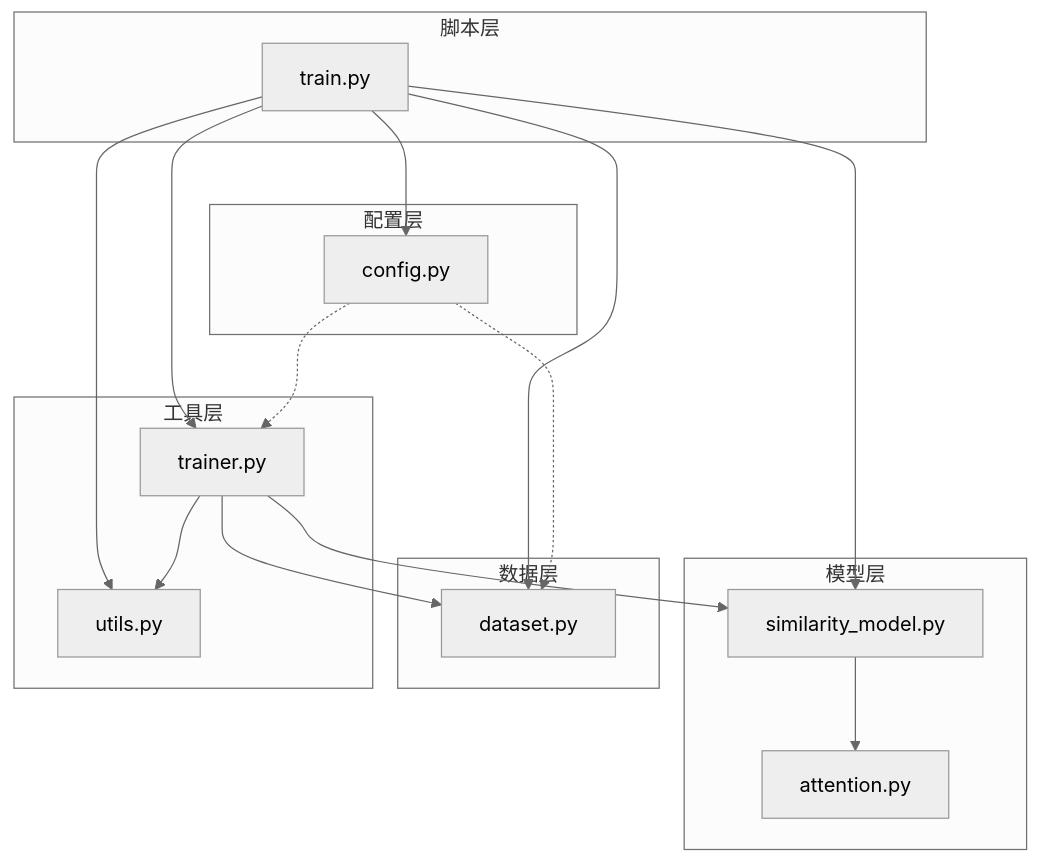
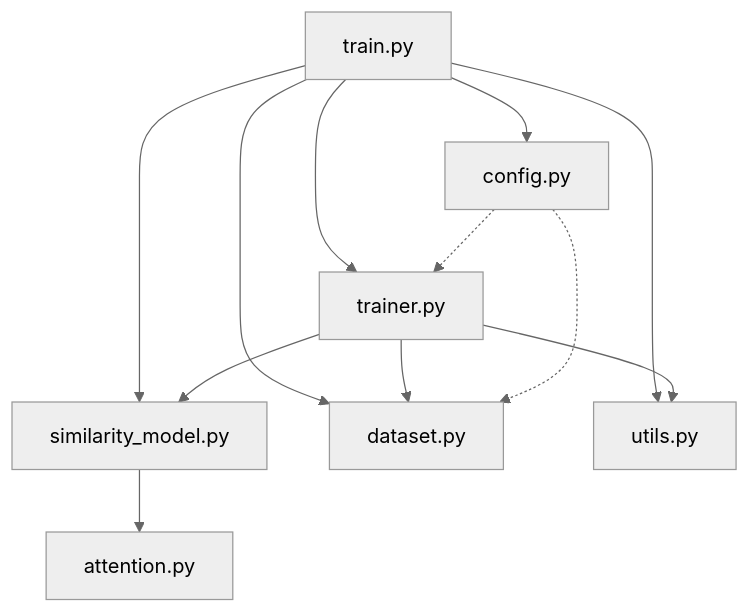
Before and after one commit to lizhenping/multi-head-self-attention: the fifth of 7 diagrams in docs/architecture.md, drawn with Mermaid (neutral theme). The commit also changed other lines of this file, not shown here.

````diff
--- a/docs/architecture.md
+++ b/docs/architecture.md
@@ -194,38 +139,16 @@
 ```mermaid
 flowchart TD
-    subgraph script_layer ["脚本层"]
-        A["train.py"]
-    end
+    A[train.py] --> B[config.py]
+    A --> C[similarity_model.py]
+    A --> D[dataset.py]
+    A --> E[trainer.py]
+    A --> F[utils.py]
     
-    subgraph config_layer ["配置层"]
-        B["config.py"]
-    end
+    C --> G[attention.py]
+    E --> C
+    E --> D
+    E --> F
     
-    subgraph model_layer ["模型层"]
-        C["attention.py"]
-        D["similarity_model.py"]
-    end
-    
-    subgraph data_layer ["数据层"]
-        E["dataset.py"]
-    end
-    
-    subgraph tool_layer ["工具层"]
-        F["trainer.py"]
-        G["utils.py"]
-    end
-    
-    A --> B
-    A --> D
-    A --> E
-    A --> F
-    A --> G
-    
-    D --> C
-    F --> D
-    F --> E
-    F --> G
-    
-    B -.-> F
     B -.-> E
+    B -.-> D
 ```
````
